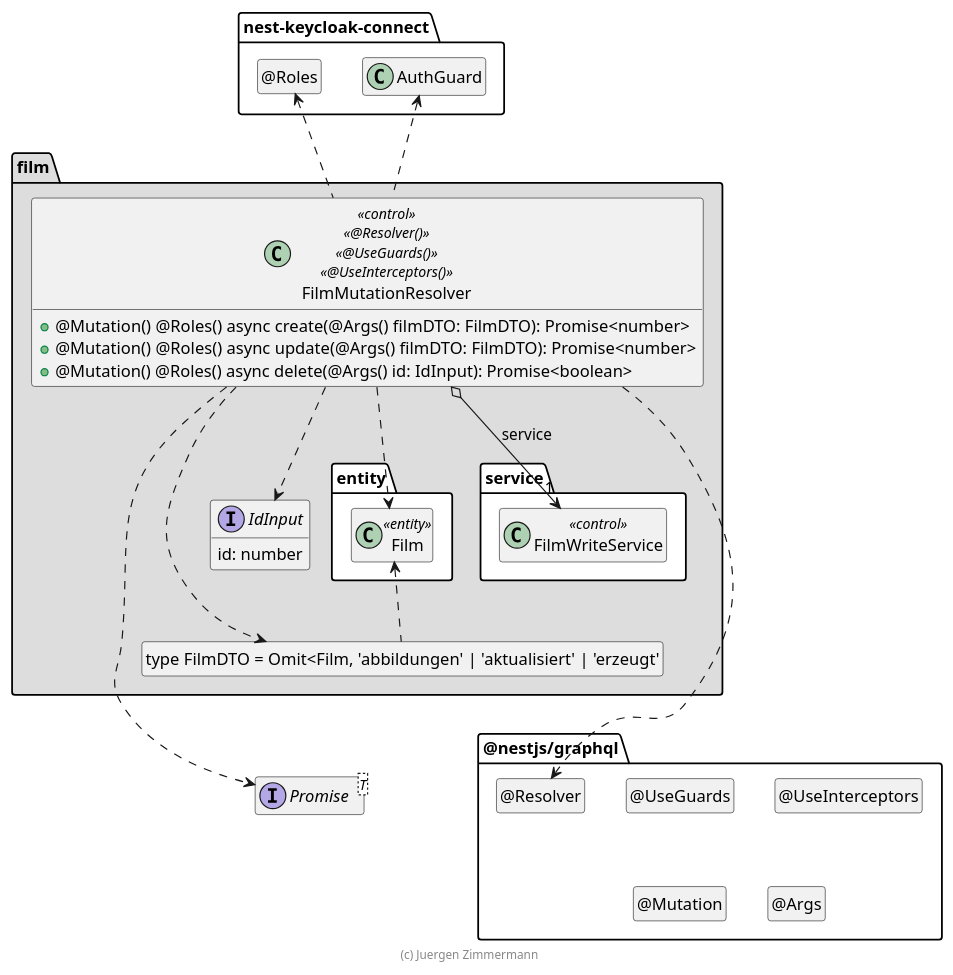
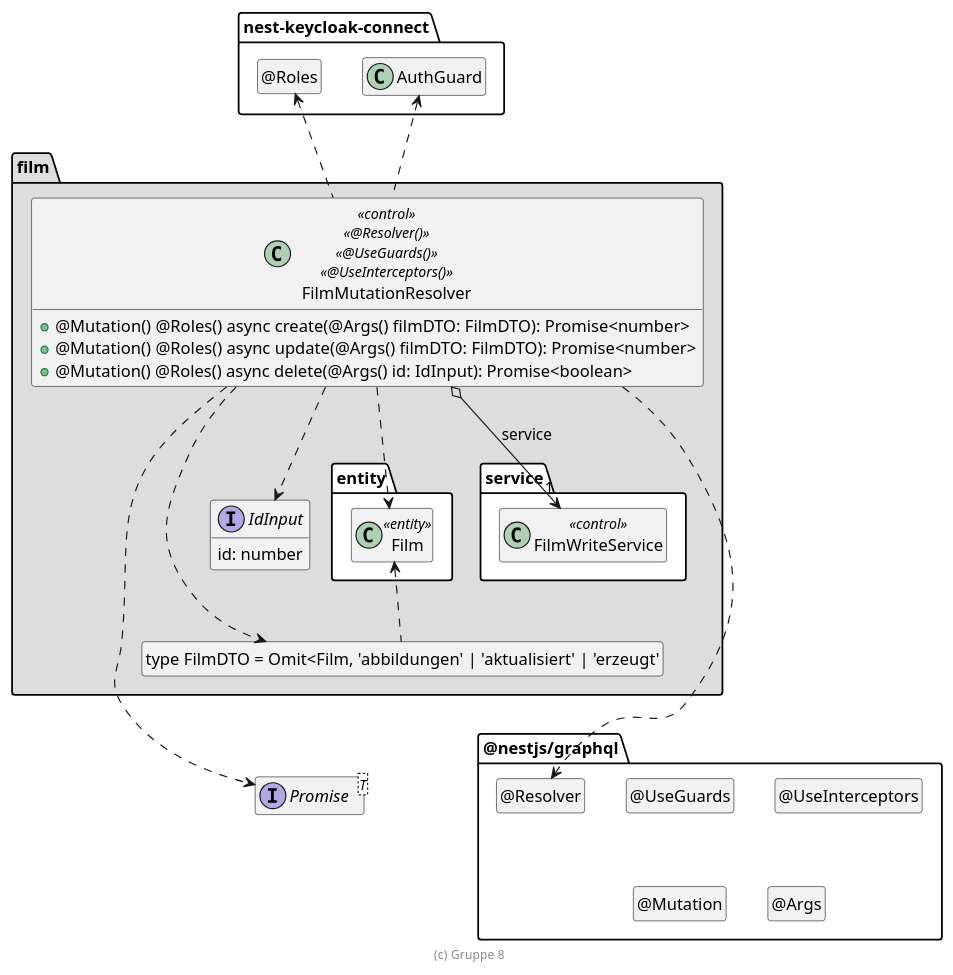
One commit to Braendli98/Film changed the diagram in .extras/doc/projekthandbuch/FilmMutationResolver.plantuml. Above: the diagram before and after it, drawn with PlantUML. The commit also changed 30 other files, not shown here.

Commit message:
Plantuml_fixes

```diff
--- a/.extras/doc/projekthandbuch/FilmMutationResolver.plantuml
+++ b/.extras/doc/projekthandbuch/FilmMutationResolver.plantuml
@@ -1,71 +1,71 @@
 @startuml Controller-Klasse
 
 interface Promise<T>
 
 package @nestjs/graphql {
   class "@Resolver" as Resolver
   hide Resolver circle
 
   class "@UseGuards" as UseGuards
   hide UseGuards circle
 
   class "@UseInterceptors" as UseInterceptors
   hide UseInterceptors circle
 
   class "@Mutation" as Mutation
   hide Mutation circle
 
   class "@Args" as Args
   hide Args circle
 }
 
 package nest-keycloak-connect {
   class AuthGuard
 
   class "@Roles" as Roles
   hide Roles circle
 }
 
 package film #DDDDDD {
   package entity #FFFFFF {
     class Film <<entity>>
   }
 
   package service #FFFFFF {
     class FilmWriteService << control >>
   }
 
   class "type FilmDTO = Omit<Film, 'abbildungen' | 'aktualisiert' | 'erzeugt'" as FilmDTO
   hide FilmDTO circle
 
     interface IdInput {
         id: number
     }
 
   class FilmMutationResolver << control >> << @Resolver() >> << @UseGuards() >> << @UseInterceptors() >> {
     + @Mutation() @Roles() async create(@Args() filmDTO: FilmDTO): Promise<number>
     + @Mutation() @Roles() async update(@Args() filmDTO: FilmDTO): Promise<number>
     + @Mutation() @Roles() async delete(@Args() id: IdInput): Promise<boolean>
   }
 
   FilmMutationResolver o-down-> "1" FilmWriteService : service
 
   FilmMutationResolver ..> Film
   FilmMutationResolver ..> FilmDTO
   FilmMutationResolver ..> IdInput
   FilmDTO .up.> Film
   FilmMutationResolver ..> Promise
   FilmMutationResolver ..> Resolver
 
   FilmMutationResolver .up.> AuthGuard
   FilmMutationResolver .up.> Roles
 
   FilmDTO .[hidden].> Promise
   FilmDTO .[hidden].> Resolver
 }
 
 hide empty members
 
-footer (c) Juergen Zimmermann
+footer (c)  Gruppe 8
 
 @enduml
```
